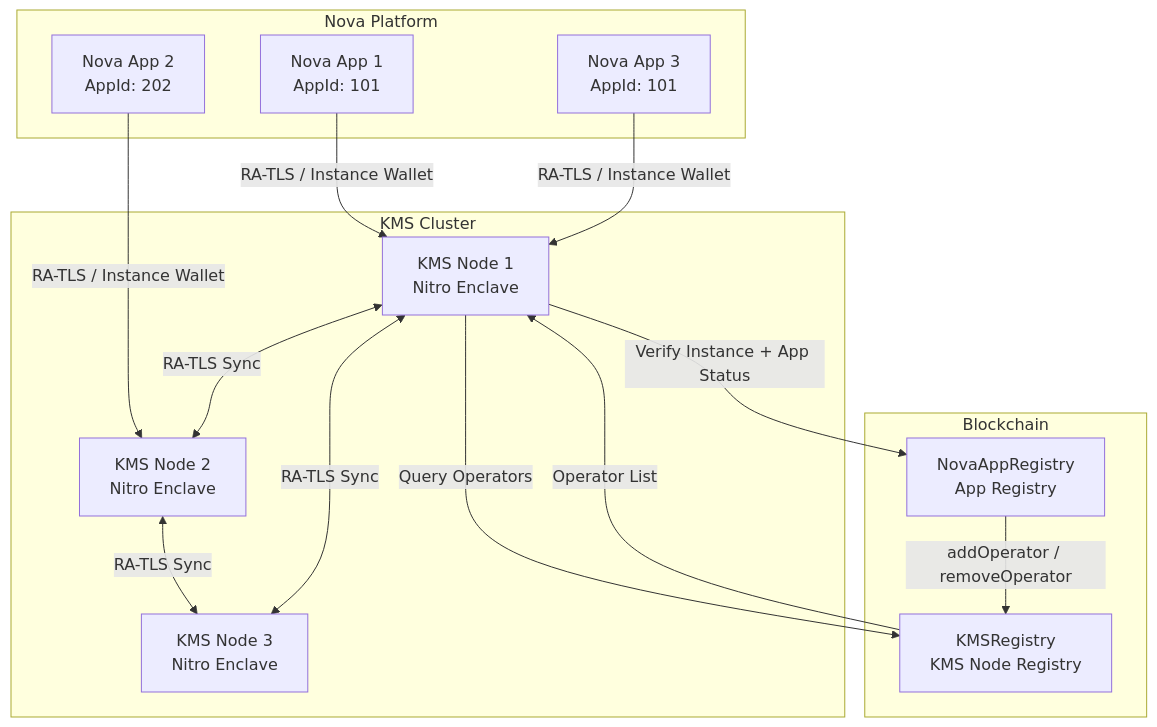
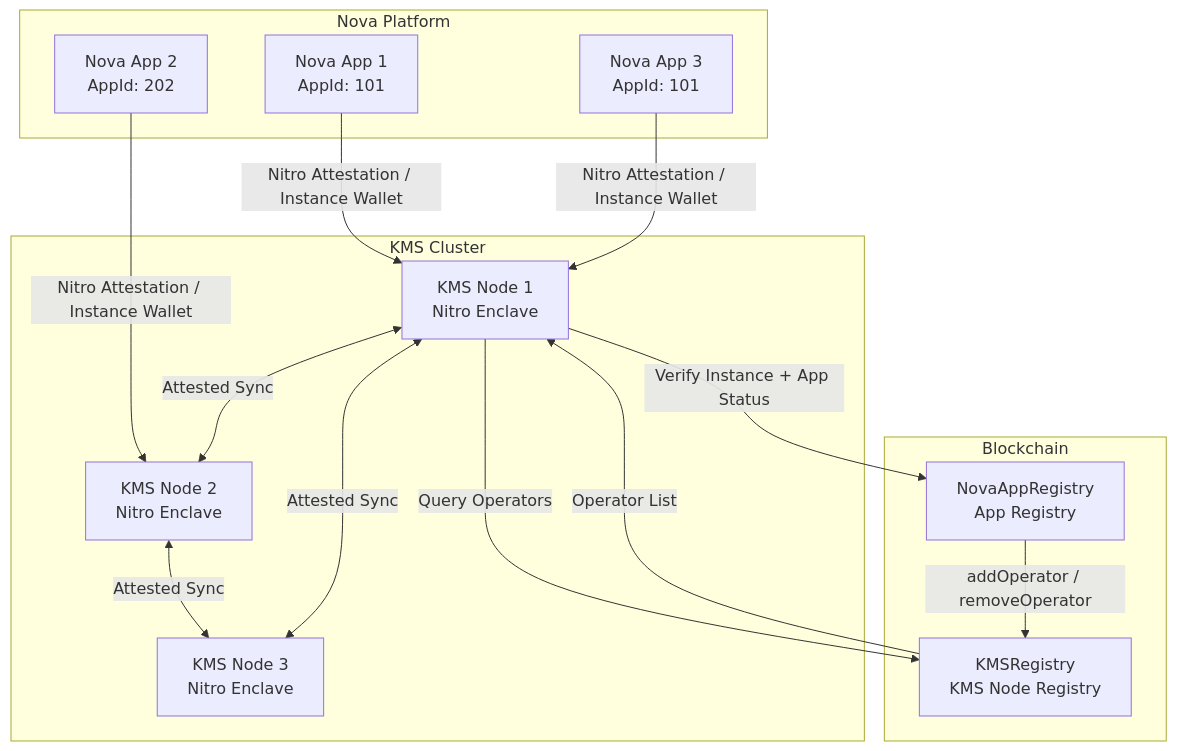
Before and after one commit to sparsity-xyz/nova-kms: the first of 4 diagrams in docs/architecture.md, drawn with Mermaid. The commit also changed other lines of this file and 13 other files, not shown here.

````diff
--- a/docs/architecture.md
+++ b/docs/architecture.md
@@ -7,32 +7,32 @@
 ```mermaid
 graph TB
     subgraph "Nova Platform"
         App1[Nova App 1<br/>AppId: 101]
         App2[Nova App 2<br/>AppId: 202]
         App3[Nova App 3<br/>AppId: 101]
     end
     
     subgraph "KMS Cluster"
         KMS1[KMS Node 1<br/>Nitro Enclave]
         KMS2[KMS Node 2<br/>Nitro Enclave]
         KMS3[KMS Node 3<br/>Nitro Enclave]
     end
     
     subgraph "Blockchain"
         Registry[NovaAppRegistry<br/>App Registry]
         KMSContract[KMSRegistry<br/>KMS Node Registry]
     end
     
-    App1 -->|RA-TLS / Instance Wallet| KMS1
-    App2 -->|RA-TLS / Instance Wallet| KMS2
-    App3 -->|RA-TLS / Instance Wallet| KMS1
+    App1 -->|Nitro Attestation / Instance Wallet| KMS1
+    App2 -->|Nitro Attestation / Instance Wallet| KMS2
+    App3 -->|Nitro Attestation / Instance Wallet| KMS1
     
-    KMS1 <-->|RA-TLS Sync| KMS2
-    KMS2 <-->|RA-TLS Sync| KMS3
-    KMS1 <-->|RA-TLS Sync| KMS3
+    KMS1 <-->|Attested Sync| KMS2
+    KMS2 <-->|Attested Sync| KMS3
+    KMS1 <-->|Attested Sync| KMS3
     
     Registry -->|addOperator / removeOperator| KMSContract
     KMS1 -->|Query Operators| KMSContract
     KMS1 -->|Verify Instance + App Status| Registry
     KMSContract -->|Operator List| KMS1
 ```
````
